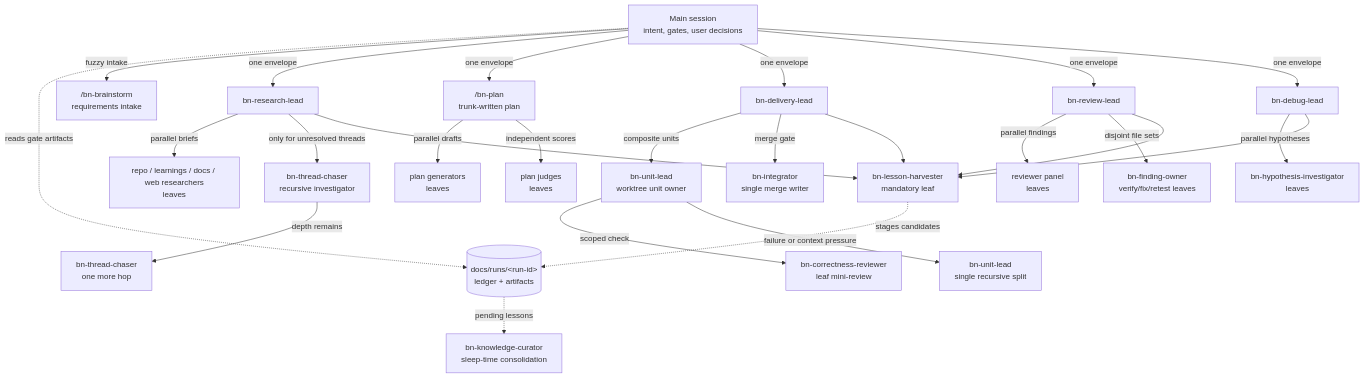
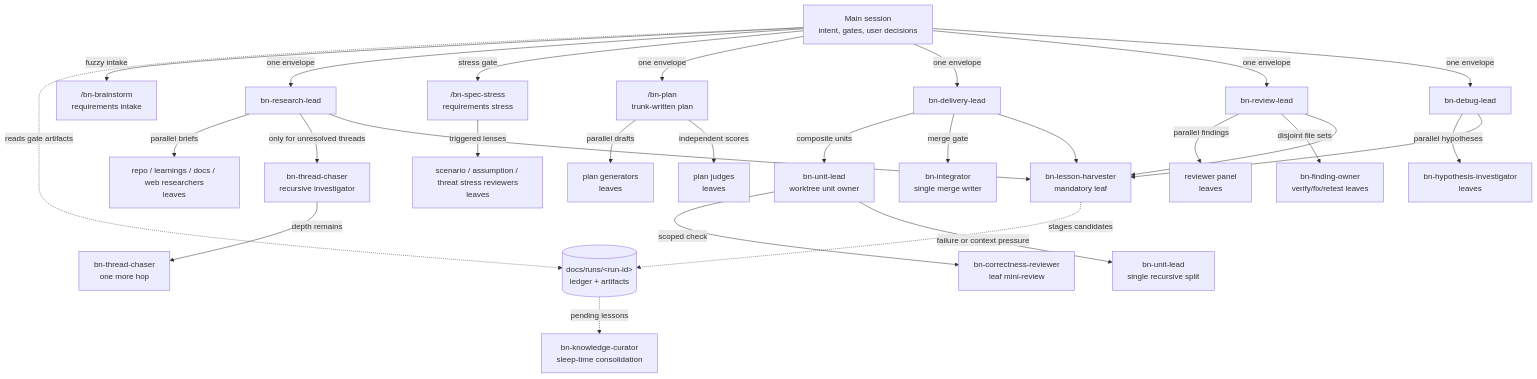
One commit to rcmoynihan/banyan changed the diagram in README.md. Above: the diagram before and after it, drawn with Mermaid. The commit also changed other lines of this file and 15 other files, not shown here.

Commit message:
Add requirements stress gate

````diff
--- a/README.md
+++ b/README.md
@@ -21,37 +21,40 @@
 ```mermaid
 flowchart TD
   trunk["Main session<br/>intent, gates, user decisions"]
   ledger[("docs/runs/&lt;run-id&gt;<br/>ledger + artifacts")]
 
   trunk -. reads gate artifacts .-> ledger
   trunk -->|"fuzzy intake"| brainstorm["/bn-brainstorm<br/>requirements intake"]
   trunk -->|"one envelope"| research["bn-research-lead"]
+  trunk -->|"stress gate"| specstress["/bn-spec-stress<br/>requirements stress"]
   trunk -->|"one envelope"| plan["/bn-plan<br/>trunk-written plan"]
   trunk -->|"one envelope"| delivery["bn-delivery-lead"]
   trunk -->|"one envelope"| review["bn-review-lead"]
   trunk -->|"one envelope"| debug["bn-debug-lead"]
 
   research -->|"parallel briefs"| researchers["repo / learnings / docs / web researchers<br/>leaves"]
   research -->|"only for unresolved threads"| chaser["bn-thread-chaser<br/>recursive investigator"]
   chaser -->|"depth remains"| chaser2["bn-thread-chaser<br/>one more hop"]
+
+  specstress -->|"triggered lenses"| specstressors["scenario / assumption / threat stress reviewers<br/>leaves"]
 
   plan -->|"parallel drafts"| generators["plan generators<br/>leaves"]
   plan -->|"independent scores"| judges["plan judges<br/>leaves"]
 
   delivery -->|"composite units"| unit["bn-unit-lead<br/>worktree unit owner"]
   unit -->|"scoped check"| miniReview["bn-correctness-reviewer<br/>leaf mini-review"]
   unit -->|"failure or context pressure"| subUnit["bn-unit-lead<br/>single recursive split"]
   delivery -->|"merge gate"| integrator["bn-integrator<br/>single merge writer"]
 
   review -->|"parallel findings"| reviewers["reviewer panel<br/>leaves"]
   review -->|"disjoint file sets"| owners["bn-finding-owner<br/>verify/fix/retest leaves"]
 
   debug -->|"parallel hypotheses"| investigators["bn-hypothesis-investigator<br/>leaves"]
 
   research --> harvest["bn-lesson-harvester<br/>mandatory leaf"]
   delivery --> harvest
   review --> harvest
   debug --> harvest
   harvest -. stages candidates .-> ledger
   ledger -. pending lessons .-> curator["bn-knowledge-curator<br/>sleep-time consolidation"]
 ```
````
